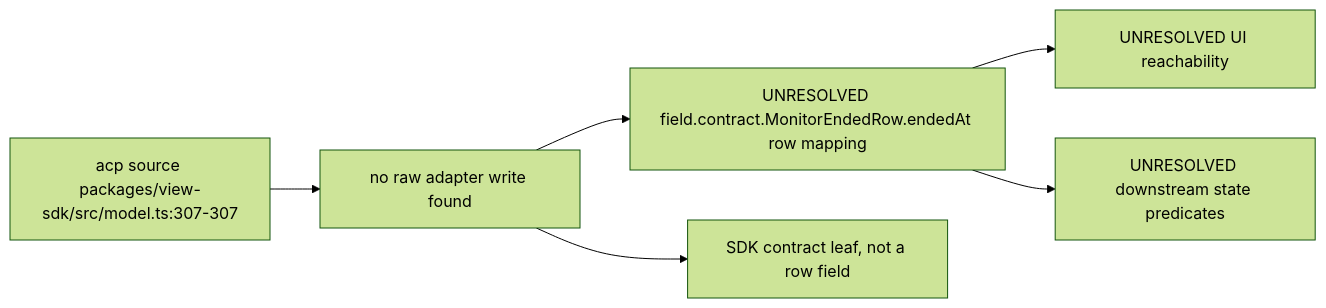
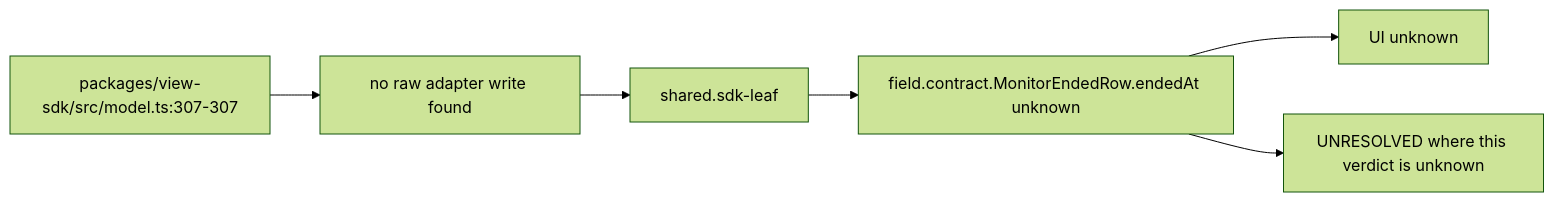
Before and after one commit to vibefield/vibefield: the diagram in audit/godview/evidence/acp/contract.MonitorEndedRow.endedAt.mmd, drawn with Mermaid (forest theme). The commit also changed 1609 other files, not shown here.

```diff
--- a/audit/godview/evidence/acp/contract.MonitorEndedRow.endedAt.mmd
+++ b/audit/godview/evidence/acp/contract.MonitorEndedRow.endedAt.mmd
@@ -1,11 +1,13 @@
+%% graph_ref: shared.sdk-leaf
+%% adapter: acp
+%% field: field.contract.MonitorEndedRow.endedAt
+%% forensic: source-read at 748d015; not a live sample
 flowchart LR
-  src["acp source packages/view-sdk/src/model.ts:307-307"]
+  src["packages/view-sdk/src/model.ts:307-307"]
   raw["no raw adapter write found"]
-  row["UNRESOLVED field.contract.MonitorEndedRow.endedAt row mapping"]
-  ui["UNRESOLVED UI reachability"]
-  states["UNRESOLVED downstream state predicates"]
-  src --> raw --> row
-  row --> ui
-  row --> states
-  leaf["SDK contract leaf, not a row field"]
-  raw --> leaf
+  shared["shared.sdk-leaf"]
+  row["field.contract.MonitorEndedRow.endedAt unknown"]
+  ui["UI unknown"]
+  src --> raw --> shared --> row --> ui
+  open["UNRESOLVED where this verdict is unknown"]
+  row --> open
```
